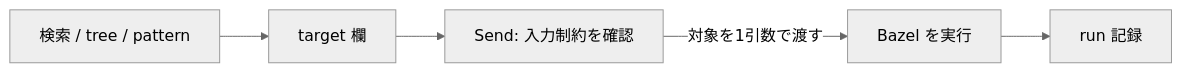
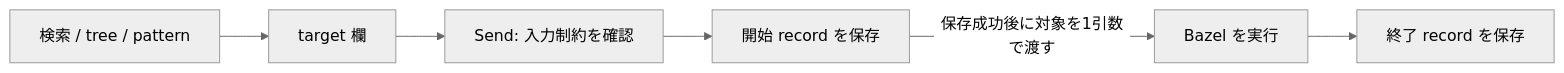
The diagram in docs/design/m3-find-and-run.md (OhataKenji/zeal), drawn with Mermaid (neutral theme) before and after one commit. The commit also changed other lines of this file and 5 other files, not shown here.

````diff
--- a/docs/design/m3-find-and-run.md
+++ b/docs/design/m3-find-and-run.md
@@ -32,7 +32,8 @@
 ```mermaid
 flowchart LR
     pick["検索 / tree / pattern"] --> input["target 欄"]
     input --> send["Send: 入力制約を確認"]
-    send -->|"対象を1引数で渡す"| bazel["Bazel を実行"]
-    bazel --> record["run 記録"]
+    send --> record["開始 record を保存"]
+    record -->|"保存成功後に対象を1引数で渡す"| bazel["Bazel を実行"]
+    bazel --> finish["終了 record を保存"]
 ```
````
